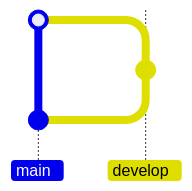
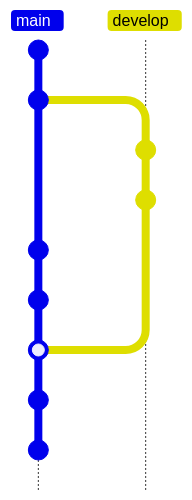
One commit to teachingai/full-stack-skills changed diagram 11 of 22 in skills/mermaid/examples/gitgraph.md. Above: the diagram before and after it, drawn with Mermaid. The commit also changed other lines of this file and 1 other file, not shown here. Commit ids are hidden.

First line of the commit message:
docs(mermaid): 更新甘特图和Git图表示例文档

````diff
--- a/skills/mermaid/examples/gitgraph.md
+++ b/skills/mermaid/examples/gitgraph.md
@@ -118,9 +249,14 @@
 ```mermaid
-gitGraph BT:
-    commit id: "Initial commit"
+gitGraph TB:
+    commit
+    commit
     branch develop
-    checkout develop
-    commit id: "Add feature A"
+    commit
+    commit
     checkout main
+    commit
+    commit
     merge develop
+    commit
+    commit
 ```
````
